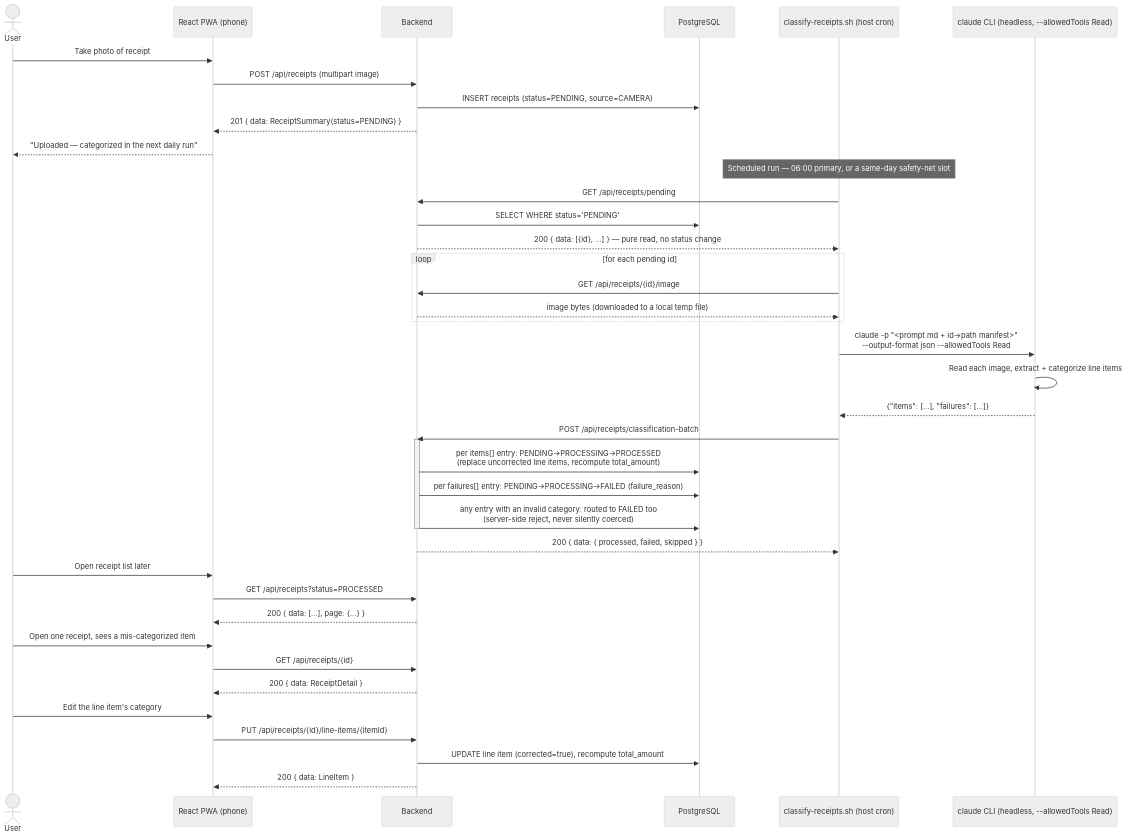
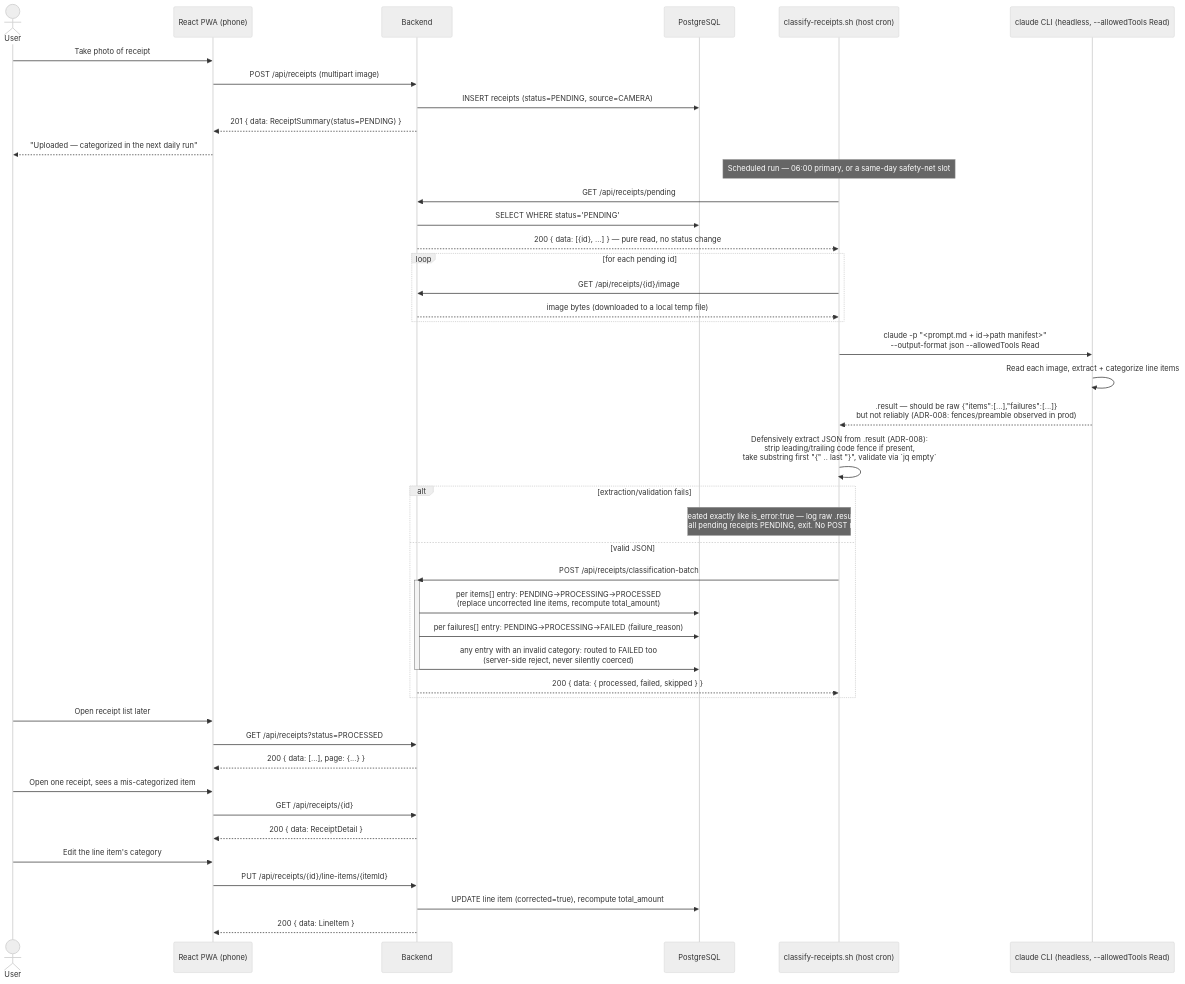
Before and after one commit to emicon123/receipts: the first of 2 diagrams in docs/architecture/04-classification-flow.md, drawn with Mermaid (neutral theme). The commit also changed other lines of this file and 4 other files, not shown here.

````diff
--- a/docs/architecture/04-classification-flow.md
+++ b/docs/architecture/04-classification-flow.md
@@ -16,48 +16,53 @@
 ```mermaid
 sequenceDiagram
     actor User
     participant PWA as React PWA (phone)
     participant Backend
     participant DB as PostgreSQL
     participant Cron as classify-receipts.sh (host cron)
     participant Claude as claude CLI (headless, --allowedTools Read)
 
     User->>PWA: Take photo of receipt
     PWA->>Backend: POST /api/receipts (multipart image)
     Backend->>DB: INSERT receipts (status=PENDING, source=CAMERA)
     Backend-->>PWA: 201 { data: ReceiptSummary(status=PENDING) }
     PWA-->>User: "Uploaded — categorized in the next daily run"
 
     Note over Cron: Scheduled run — 06:00 primary, or a same-day safety-net slot
     Cron->>Backend: GET /api/receipts/pending
     Backend->>DB: SELECT WHERE status='PENDING'
     Backend-->>Cron: 200 { data: [{id}, ...] } — pure read, no status change
 
     loop for each pending id
         Cron->>Backend: GET /api/receipts/{id}/image
         Backend-->>Cron: image bytes (downloaded to a local temp file)
     end
 
     Cron->>Claude: claude -p "<prompt.md + id→path manifest>"<br/>--output-format json --allowedTools Read
     Claude->>Claude: Read each image, extract + categorize line items
-    Claude-->>Cron: {"items": [...], "failures": [...]}
+    Claude-->>Cron: .result — should be raw {"items":[...],"failures":[...]}<br/>but not reliably (ADR-008: fences/preamble observed in prod)
 
-    Cron->>Backend: POST /api/receipts/classification-batch
-    activate Backend
-    Backend->>DB: per items[] entry: PENDING→PROCESSING→PROCESSED<br/>(replace uncorrected line items, recompute total_amount)
-    Backend->>DB: per failures[] entry: PENDING→PROCESSING→FAILED (failure_reason)
-    Backend->>DB: any entry with an invalid category: routed to FAILED too<br/>(server-side reject, never silently coerced)
-    deactivate Backend
-    Backend-->>Cron: 200 { data: { processed, failed, skipped } }
+    Cron->>Cron: Defensively extract JSON from .result (ADR-008):<br/>strip leading/trailing code fence if present,<br/>take substring first "{" .. last "}", validate via `jq empty`
+    alt extraction/validation fails
+        Note over Cron,DB: Treated exactly like is_error:true — log raw .result,<br/>leave all pending receipts PENDING, exit. No POST made.
+    else valid JSON
+        Cron->>Backend: POST /api/receipts/classification-batch
+        activate Backend
+        Backend->>DB: per items[] entry: PENDING→PROCESSING→PROCESSED<br/>(replace uncorrected line items, recompute total_amount)
+        Backend->>DB: per failures[] entry: PENDING→PROCESSING→FAILED (failure_reason)
+        Backend->>DB: any entry with an invalid category: routed to FAILED too<br/>(server-side reject, never silently coerced)
+        deactivate Backend
+        Backend-->>Cron: 200 { data: { processed, failed, skipped } }
+    end
 
     User->>PWA: Open receipt list later
     PWA->>Backend: GET /api/receipts?status=PROCESSED
     Backend-->>PWA: 200 { data: [...], page: {...} }
     User->>PWA: Open one receipt, sees a mis-categorized item
     PWA->>Backend: GET /api/receipts/{id}
     Backend-->>PWA: 200 { data: ReceiptDetail }
     User->>PWA: Edit the line item's category
     PWA->>Backend: PUT /api/receipts/{id}/line-items/{itemId}
     Backend->>DB: UPDATE line item (corrected=true), recompute total_amount
     Backend-->>PWA: 200 { data: LineItem }
 ```
````
